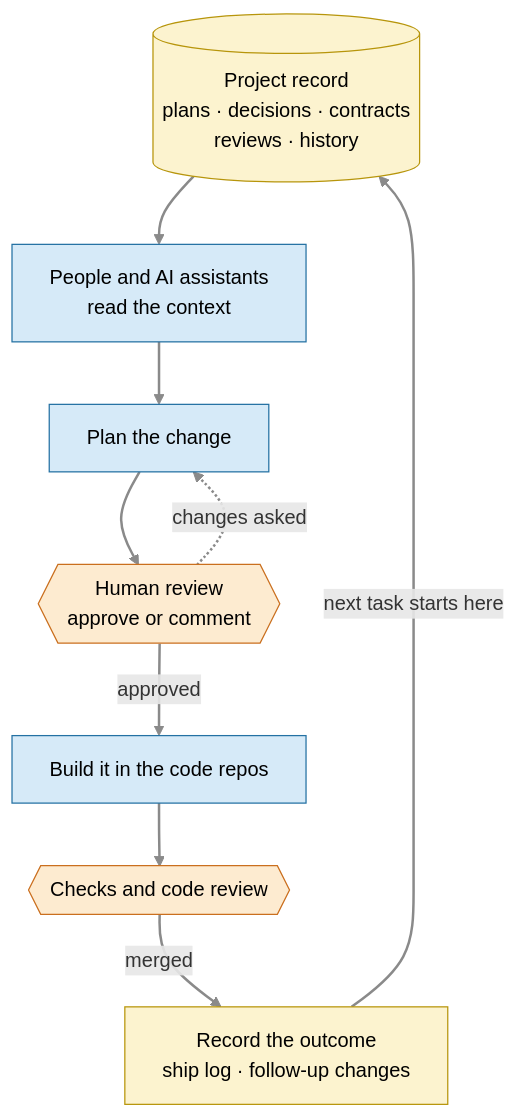
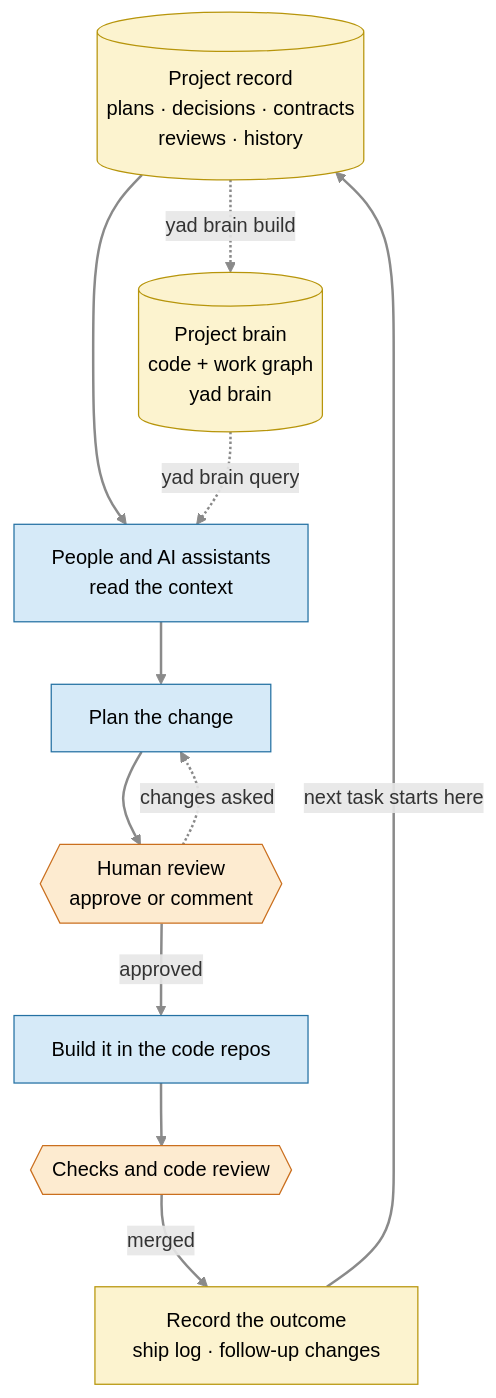
Before and after one commit to abdelrahmannasr/yadflow: the diagram in docs/diagrams/work-and-memory.mmd, drawn with Mermaid. The commit also changed 18 other files, not shown here.

Commit message:
feat(brain): yad brain — one knowledge graph of the code and the work (E176) (#541)

```diff
--- a/docs/diagrams/work-and-memory.mmd
+++ b/docs/diagrams/work-and-memory.mmd
@@ -1,22 +1,24 @@
 %% Intro diagram 1 — how everyday work and the project record feed each other.
 %% Conceptual: not every arrow is automatic. Regenerate with `npm run diagrams`.
 flowchart TD
     classDef knowledge fill:#fcf3cf,stroke:#b7950b,color:#000
     classDef work fill:#d6eaf8,stroke:#2471a3,color:#000
     classDef review fill:#fdebd0,stroke:#ca6f1e,color:#000
 
     rec[("Project record<br/>plans · decisions · contracts<br/>reviews · history")]:::knowledge
+    brain[("Project brain<br/>code + work graph<br/>yad brain")]:::knowledge
     ctx["People and AI assistants<br/>read the context"]:::work
     plan["Plan the change"]:::work
     rev{{"Human review<br/>approve or comment"}}:::review
     build["Build it in the code repos"]:::work
     chk{{"Checks and code review"}}:::review
     out["Record the outcome<br/>ship log · follow-up changes"]:::knowledge
 
     rec --> ctx --> plan --> rev
+    rec -.->|yad brain build| brain -.->|yad brain query| ctx
     rev -->|approved| build --> chk
     rev -.->|changes asked| plan
     chk -->|merged| out
     out -->|next task starts here| rec
 
     linkStyle default stroke:#8a8a8a,stroke-width:2px
```
